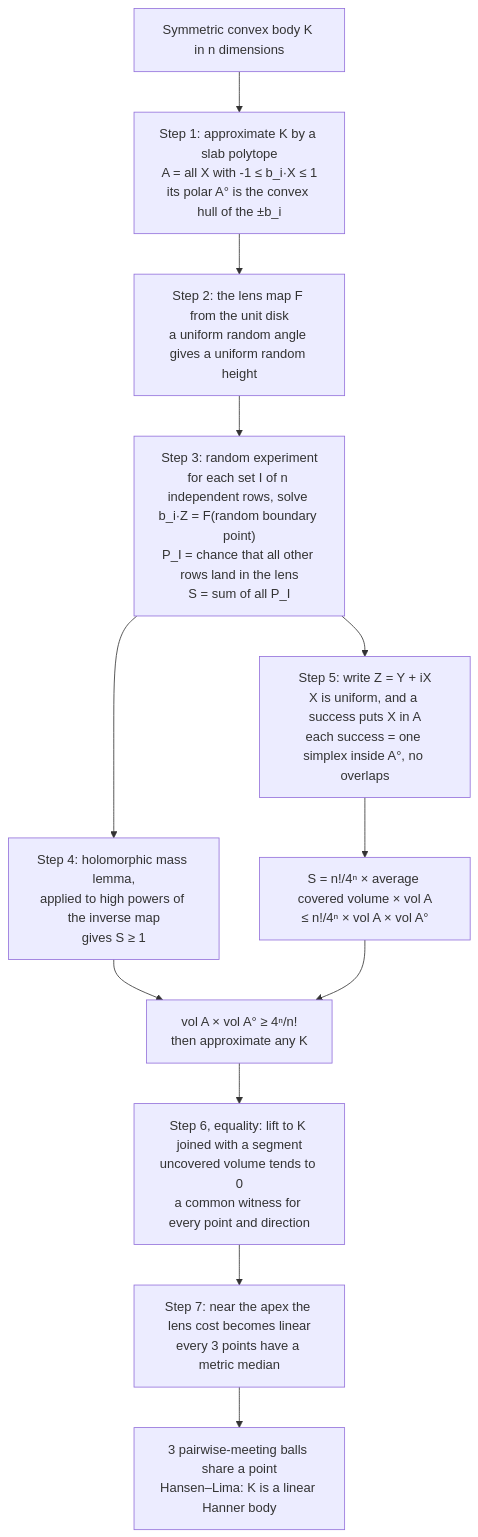
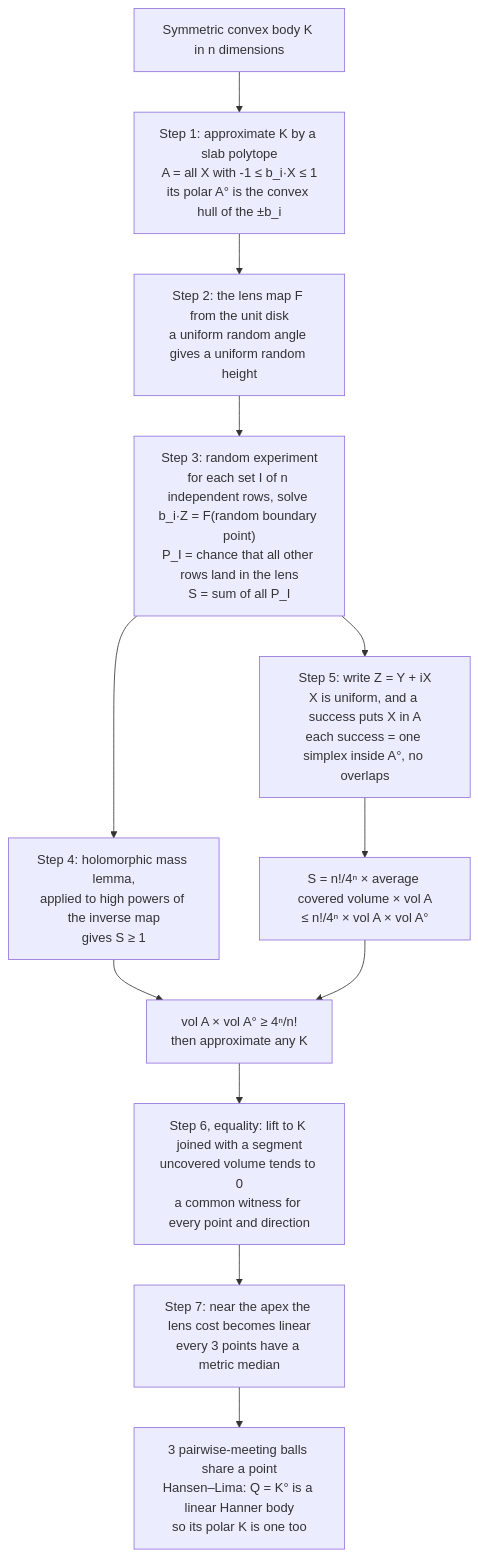
The diagram in papers/The-symmetric-Mahler-conjecture-and-its-equality-cases-September-22-2026/README.md (Singh-AP/ai-math-papers-explained), drawn with Mermaid before and after one commit. The commit also changed other lines of this file and 5 other files, not shown here.

````diff
--- a/papers/The-symmetric-Mahler-conjecture-and-its-equality-cases-September-22-2026/README.md
+++ b/papers/The-symmetric-Mahler-conjecture-and-its-equality-cases-September-22-2026/README.md
@@ -231,14 +233,14 @@
 ```mermaid
 flowchart TD
     A["Symmetric convex body K in n dimensions"] --> B["Step 1: approximate K by a slab polytope<br/>A = all X with -1 ≤ b_i·X ≤ 1<br/>its polar A° is the convex hull of the ±b_i"]
     B --> C["Step 2: the lens map F from the unit disk<br/>a uniform random angle gives a uniform random height"]
     C --> D["Step 3: random experiment<br/>for each set I of n independent rows, solve b_i·Z = F(random boundary point)<br/>P_I = chance that all other rows land in the lens<br/>S = sum of all P_I"]
     D --> E["Step 4: holomorphic mass lemma,<br/>applied to high powers of the inverse map<br/>gives S ≥ 1"]
     D --> F2["Step 5: write Z = Y + iX<br/>X is uniform, and a success puts X in A<br/>each success = one simplex inside A°, no overlaps"]
     F2 --> G["S = n!/4ⁿ × average covered volume × vol A<br/>≤ n!/4ⁿ × vol A × vol A°"]
     E --> H["vol A × vol A° ≥ 4ⁿ/n!<br/>then approximate any K"]
     G --> H
     H --> I["Step 6, equality: lift to K joined with a segment<br/>uncovered volume tends to 0<br/>a common witness for every point and direction"]
     I --> J["Step 7: near the apex the lens cost becomes linear<br/>every 3 points have a metric median"]
-    J --> L["3 pairwise-meeting balls share a point<br/>Hansen–Lima: K is a linear Hanner body"]
+    J --> L["3 pairwise-meeting balls share a point<br/>Hansen–Lima: Q = K° is a linear Hanner body<br/>so its polar K is one too"]
 ```
````
